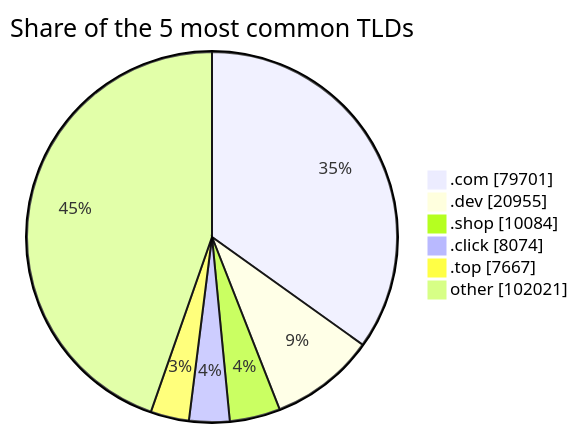
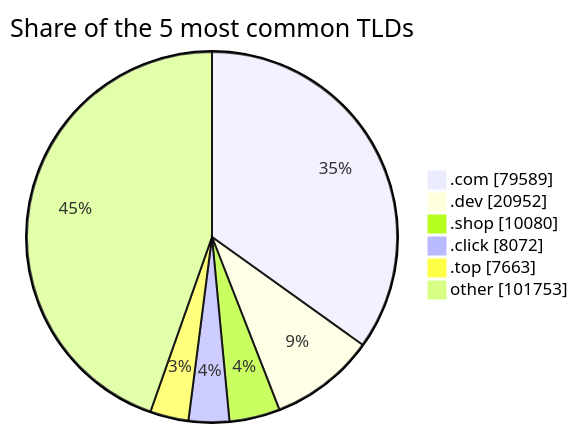
Before and after one commit to DNSBunker/CTI: the third of 3 diagrams in README.md, drawn with Mermaid. The commit also changed other lines of this file and 3 other files, not shown here.

````diff
--- a/README.md
+++ b/README.md
@@ -81,9 +81,9 @@
 ```mermaid
 pie showData title Share of the 5 most common TLDs
-    ".com" : 79701
-    ".dev" : 20955
-    ".shop" : 10084
-    ".click" : 8074
-    ".top" : 7667
-    "other" : 102021
+    ".com" : 79589
+    ".dev" : 20952
+    ".shop" : 10080
+    ".click" : 8072
+    ".top" : 7663
+    "other" : 101753
 ```
````
